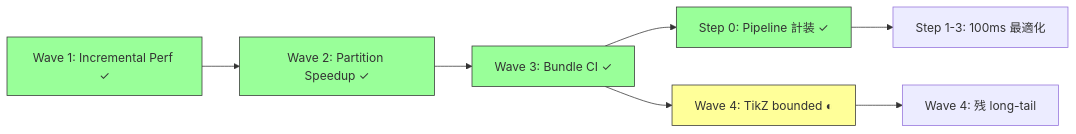
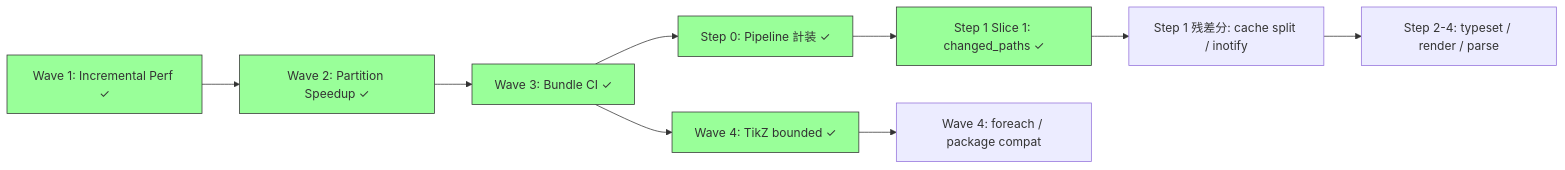
One commit to RK0429/ferritex changed the diagram in docs/planning_report.md. Above: the diagram before and after it, drawn with Mermaid. The commit also changed other lines of this file and 8 other files, not shown here.

Commit message:
feat(docs-completion): advance tikz wave and step1 fast path

````diff
--- a/docs/planning_report.md
+++ b/docs/planning_report.md
@@ -121,14 +135,17 @@
 ```mermaid
 graph LR
     W1[Wave 1: Incremental Perf ✓] --> W2[Wave 2: Partition Speedup ✓]
     W2 --> W3[Wave 3: Bundle CI ✓]
     W3 --> S0[Step 0: Pipeline 計装 ✓]
-    W3 --> W4[Wave 4: TikZ bounded ◐]
-    S0 --> S1[Step 1-3: 100ms 最適化]
-    W4 --> W4R[Wave 4: 残 long-tail]
+    S0 --> S1A[Step 1 Slice 1: changed_paths ✓]
+    W3 --> W4[Wave 4: TikZ bounded ✓]
+    S1A --> S1R[Step 1 残差分: cache split / inotify]
+    S1R --> S234[Step 2-4: typeset / render / parse]
+    W4 --> W4R[Wave 4: foreach / package compat]
     style W1 fill:#9f9,stroke:#333
     style W2 fill:#9f9,stroke:#333
     style W3 fill:#9f9,stroke:#333
     style S0 fill:#9f9,stroke:#333
-    style W4 fill:#ff9,stroke:#333
+    style S1A fill:#9f9,stroke:#333
+    style W4 fill:#9f9,stroke:#333
 ```
````
